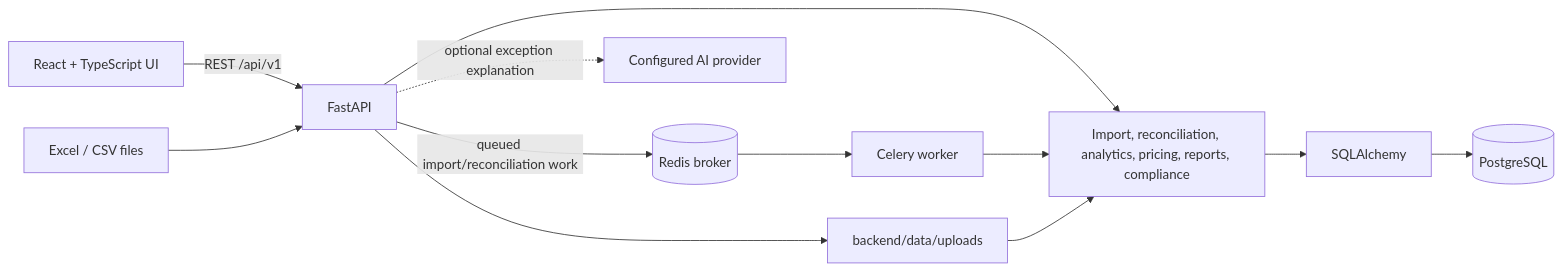
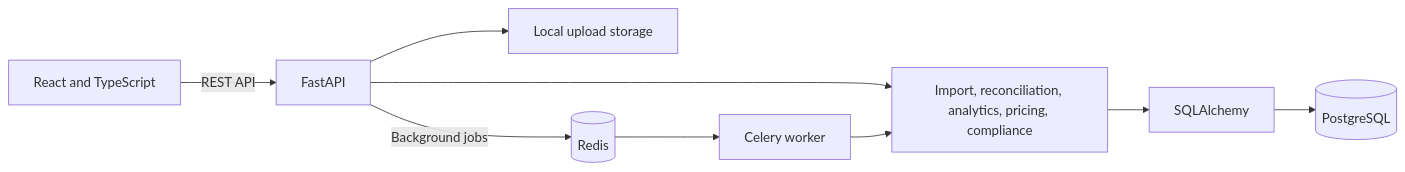
One commit to nitinsingh33/FinOps-AI changed the diagram in readme.md. Above: the diagram before and after it, drawn with Mermaid. The commit also changed other lines of this file and 10 other files, not shown here.

````diff
--- a/readme.md
+++ b/readme.md
@@ -69,14 +29,11 @@
 ```mermaid
 flowchart LR
-    Browser[React + TypeScript UI] -->|REST /api/v1| API[FastAPI]
-    API --> Services[Import, reconciliation, analytics, pricing, reports, compliance]
+    Browser[React and TypeScript] -->|REST API| API[FastAPI]
+    API --> Services[Import, reconciliation, analytics, pricing, compliance]
     Services --> ORM[SQLAlchemy]
     ORM --> DB[(PostgreSQL)]
-    API -->|queued import/reconciliation work| Redis[(Redis broker)]
+    API --> Files[Local upload storage]
+    API -->|Background jobs| Redis[(Redis)]
     Redis --> Worker[Celery worker]
     Worker --> Services
-    API -. optional exception explanation .-> AI[Configured AI provider]
-    Uploads[Excel / CSV files] --> API
-    API --> Storage[backend/data/uploads]
-    Storage --> Services
 ```
````
